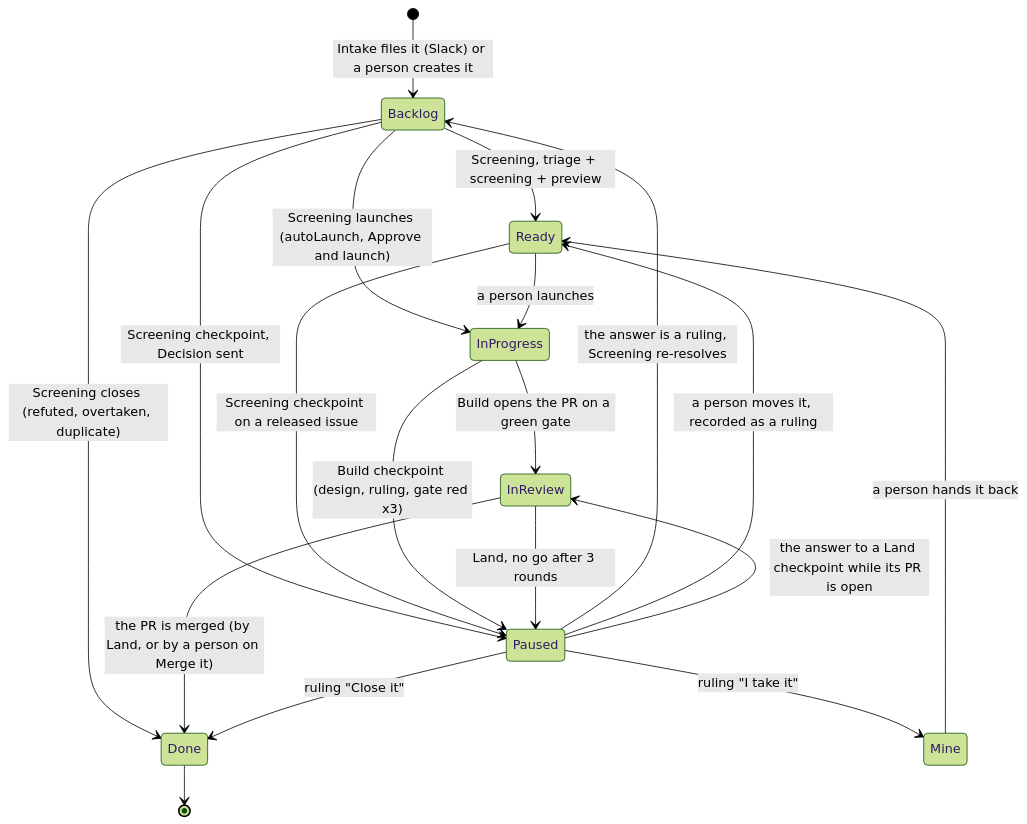
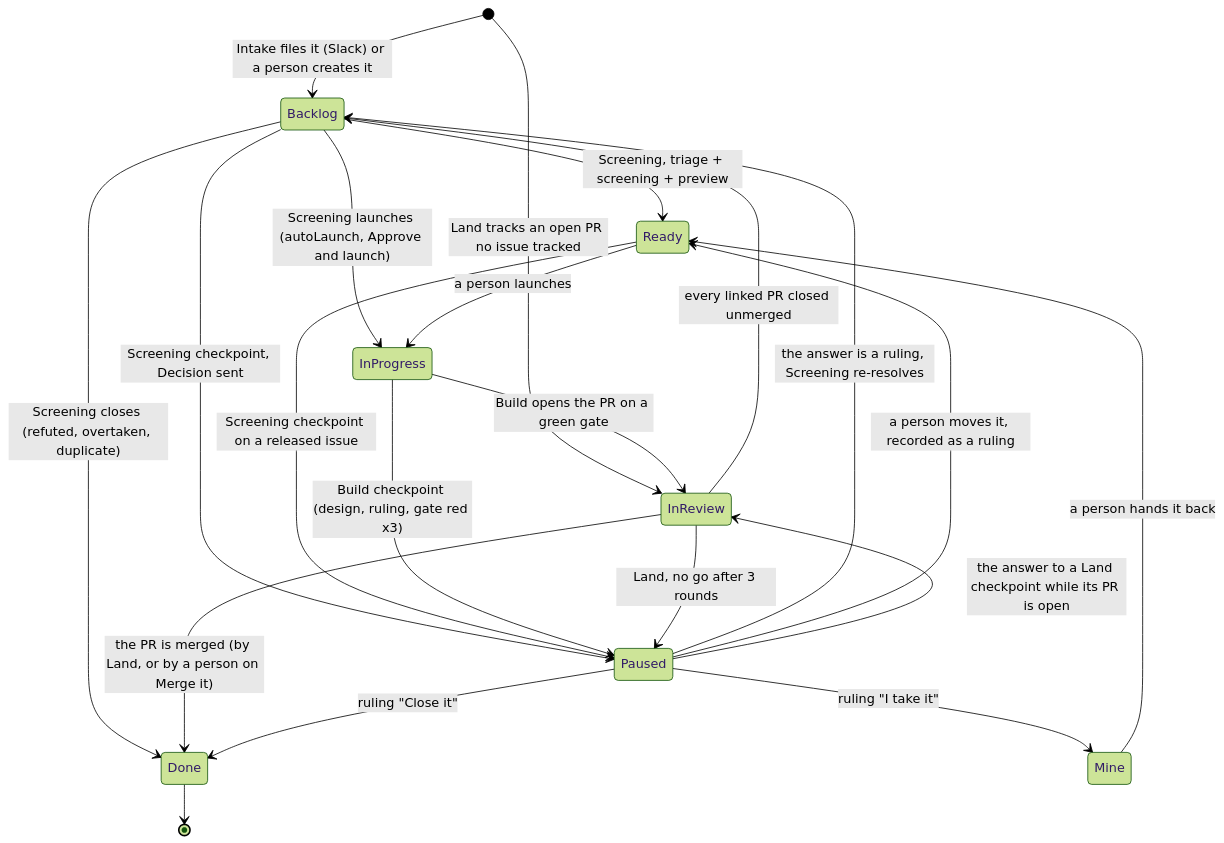
Before and after one commit to standardshq/skills: the diagram in skills/working-on-issues/workflow.md, drawn with Mermaid (forest theme). The commit also changed other lines of this file and 8 other files, not shown here.

First line of the commit message:
feat(landing-pull-requests): Land tracks every open PR, links its issue and comments each round (#11)

````diff
--- a/skills/working-on-issues/workflow.md
+++ b/skills/working-on-issues/workflow.md
@@ -6,21 +6,23 @@
 ```mermaid
 stateDiagram-v2
   [*] --> Backlog: Intake files it (Slack) or a person creates it
+  [*] --> InReview: Land tracks an open PR no issue tracked
   Backlog --> Ready: Screening, triage + screening + preview
   Backlog --> InProgress: Screening launches (autoLaunch, Approve and launch)
   Backlog --> Paused: Screening checkpoint, Decision sent
   Backlog --> Done: Screening closes (refuted, overtaken, duplicate)
   Ready --> InProgress: a person launches
   Ready --> Paused: Screening checkpoint on a released issue
   InProgress --> InReview: Build opens the PR on a green gate
   InProgress --> Paused: Build checkpoint (design, ruling, gate red x3)
   InReview --> Done: the PR is merged (by Land, or by a person on Merge it)
   InReview --> Paused: Land, no go after 3 rounds
+  InReview --> Backlog: every linked PR closed unmerged
   Paused --> Backlog: the answer is a ruling, Screening re-resolves
   Paused --> Ready: a person moves it, recorded as a ruling
   Paused --> Mine: ruling "I take it"
   Paused --> InReview: the answer to a Land checkpoint while its PR is open
   Paused --> Done: ruling "Close it"
   Mine --> Ready: a person hands it back
   Done --> [*]
 ```
````
